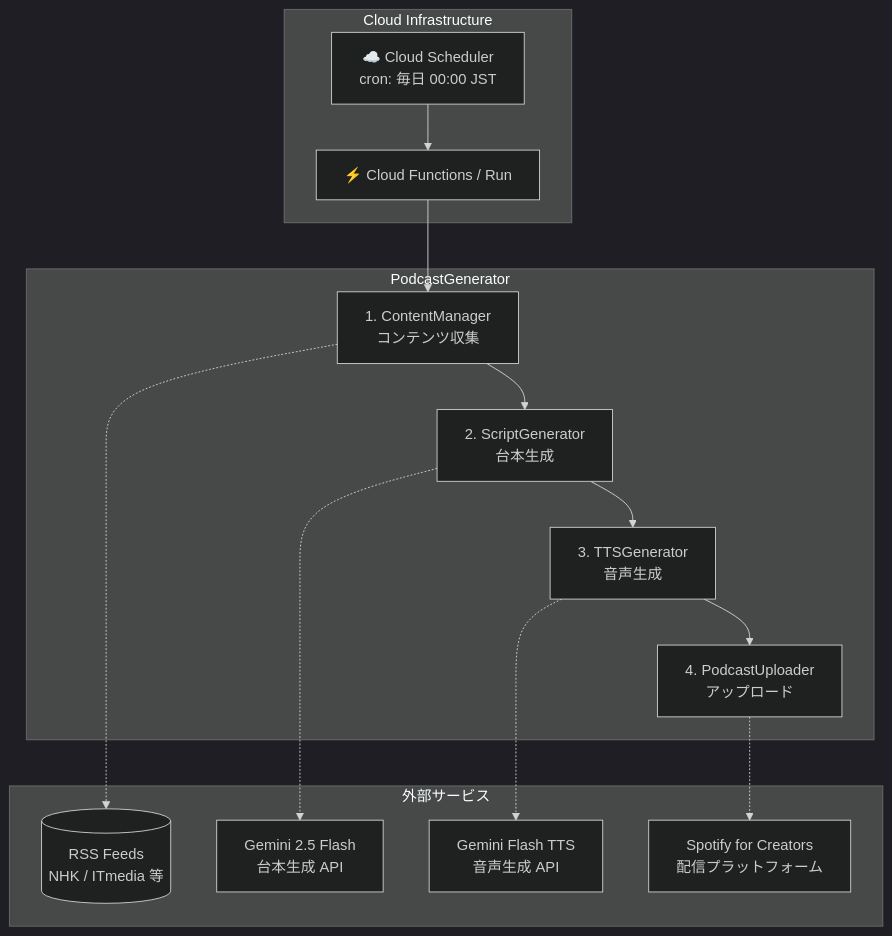
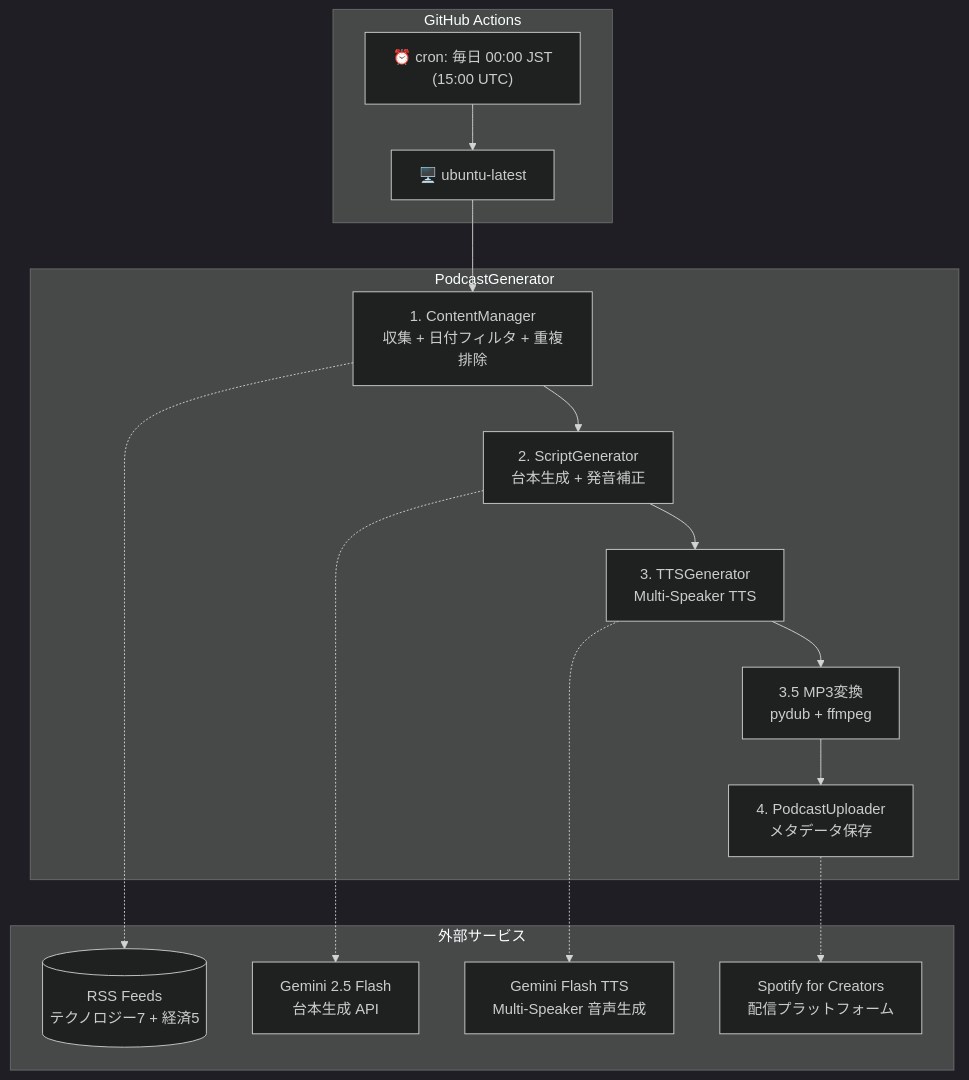
One commit to necoha/auto-podcast changed the first of 4 diagrams in docs/HLD.md. Above: the diagram before and after it, drawn with Mermaid (dark theme). The commit also changed other lines of this file and 2 other files, not shown here.

First line of the commit message:
feat: GitHub Actions自動実行 + ドキュメント全面更新 (#4, #6)

````diff
--- a/docs/HLD.md
+++ b/docs/HLD.md
@@ -10,30 +10,31 @@
 ```mermaid
 flowchart TD
-    subgraph Cloud["Cloud Infrastructure"]
-        Scheduler["☁️ Cloud Scheduler<br/>cron: 毎日 00:00 JST"]
-        CF["⚡ Cloud Functions / Run"]
+    subgraph CI["GitHub Actions"]
+        Cron["⏰ cron: 毎日 00:00 JST<br/>(15:00 UTC)"]
+        Runner["🖥️ ubuntu-latest"]
     end
 
     subgraph App["PodcastGenerator"]
-        CM["1. ContentManager<br/>コンテンツ収集"]
-        SG["2. ScriptGenerator<br/>台本生成"]
-        TTS["3. TTSGenerator<br/>音声生成"]
-        UP["4. PodcastUploader<br/>アップロード"]
+        CM["1. ContentManager<br/>収集 + 日付フィルタ + 重複排除"]
+        SG["2. ScriptGenerator<br/>台本生成 + 発音補正"]
+        TTS["3. TTSGenerator<br/>Multi-Speaker TTS"]
+        MP3["3.5 MP3変換<br/>pydub + ffmpeg"]
+        UP["4. PodcastUploader<br/>メタデータ保存"]
     end
 
     subgraph External["外部サービス"]
-        RSS[("RSS Feeds<br/>NHK / ITmedia 等")]
+        RSS[("RSS Feeds<br/>テクノロジー7 + 経済5")]
         GeminiLLM["Gemini 2.5 Flash<br/>台本生成 API"]
-        GeminiTTS["Gemini Flash TTS<br/>音声生成 API"]
+        GeminiTTS["Gemini Flash TTS<br/>Multi-Speaker 音声生成"]
         Spotify["Spotify for Creators<br/>配信プラットフォーム"]
     end
 
-    Scheduler --> CF
-    CF --> CM
-    CM --> SG --> TTS --> UP
+    Cron --> Runner
+    Runner --> CM
+    CM --> SG --> TTS --> MP3 --> UP
 
     CM -.-> RSS
     SG -.-> GeminiLLM
     TTS -.-> GeminiTTS
     UP -.-> Spotify
 ```
````
